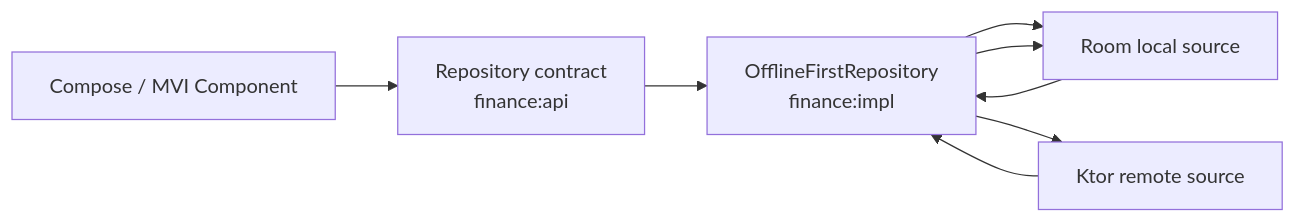
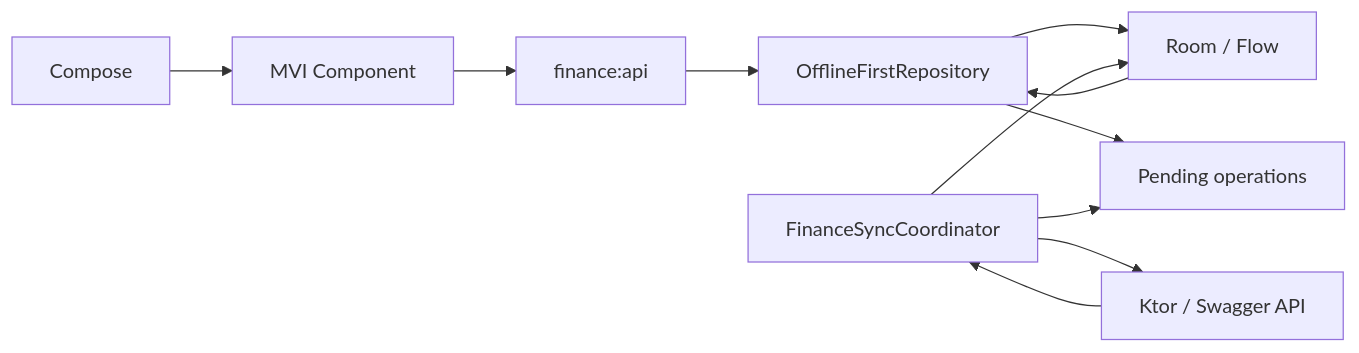
Before and after one commit to zagir005/ya_money: the second of 3 diagrams in arch.md, drawn with Mermaid. The commit also changed other lines of this file and 29 other files, not shown here.

````diff
--- a/arch.md
+++ b/arch.md
@@ -311,10 +312,13 @@
 ```mermaid
 flowchart LR
-    UI["Compose / MVI Component"] --> Api["Repository contract\nfinance:api"]
-    Api --> Repository["OfflineFirstRepository\nfinance:impl"]
-    Repository --> Local["Room local source"]
-    Repository --> Remote["Ktor remote source"]
-    Remote --> Repository
-    Repository --> Local
-    Local --> Repository
+    UI["Compose"] --> Component["MVI Component"]
+    Component --> Api["finance:api"]
+    Api --> Repository["OfflineFirstRepository"]
+    Repository --> Room["Room / Flow"]
+    Repository --> Queue["Pending operations"]
+    Coordinator["FinanceSyncCoordinator"] --> Queue
+    Coordinator --> Remote["Ktor / Swagger API"]
+    Remote --> Coordinator
+    Coordinator --> Room
+    Room --> Repository
 ```
````
